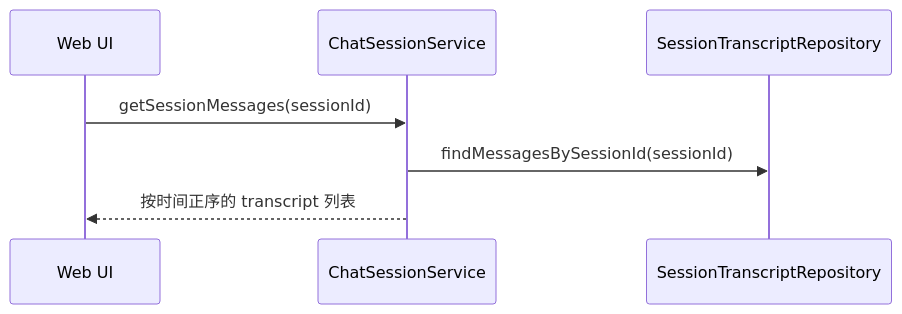
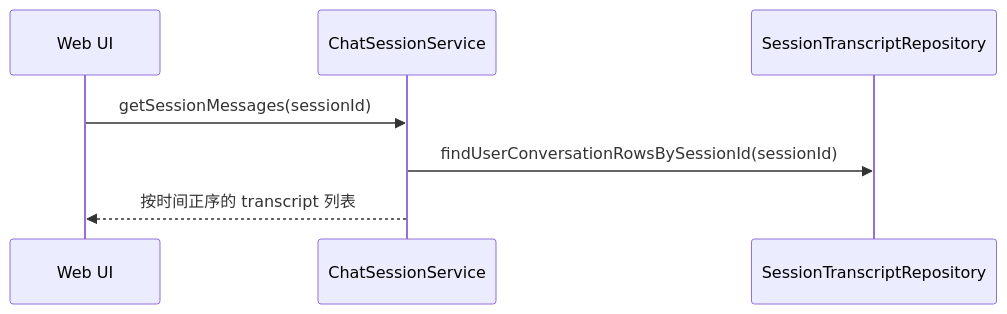
Before and after one commit to ntygod/LifePilot: the third of 3 diagrams in docs/architecture/conversation.md, drawn with Mermaid. The commit also changed other lines of this file and 385 other files, not shown here.

````diff
--- a/docs/architecture/conversation.md
+++ b/docs/architecture/conversation.md
@@ -101,10 +118,10 @@
 ```mermaid
 sequenceDiagram
     participant UI as Web UI
     participant CSS as ChatSessionService
     participant Repo as SessionTranscriptRepository
 
     UI->>CSS: getSessionMessages(sessionId)
-    CSS->>Repo: findMessagesBySessionId(sessionId)
+    CSS->>Repo: findUserConversationRowsBySessionId(sessionId)
     CSS-->>UI: 按时间正序的 transcript 列表
 ```
````
